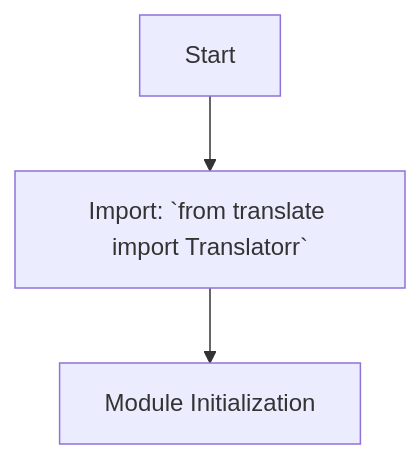
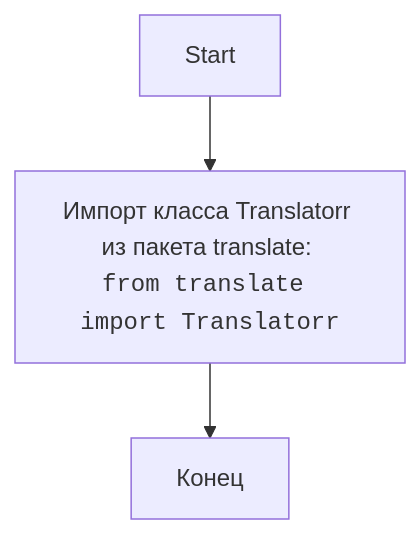
One commit to hypo69/hypo changed the diagram in docs/gemini/ru/explainer/src/translators/ttranslator/__init__.py.md. Above: the diagram before and after it, drawn with Mermaid. The commit also changed other lines of this file and 1505 other files, not shown here.

````diff
--- a/docs/gemini/ru/explainer/src/translators/ttranslator/__init__.py.md
+++ b/docs/gemini/ru/explainer/src/translators/ttranslator/__init__.py.md
@@ -15,6 +12,5 @@
 ```mermaid
 flowchart TD
-    Start --> ImportTranslator[Import: `from translate import Translatorr`]
-    ImportTranslator --> End[Module Initialization]
-    
+    Start --> ImportTranslator[Импорт класса Translatorr из пакета translate: <br><code>from translate import Translatorr</code>]
+    ImportTranslator --> End[Конец]
 ```
````
